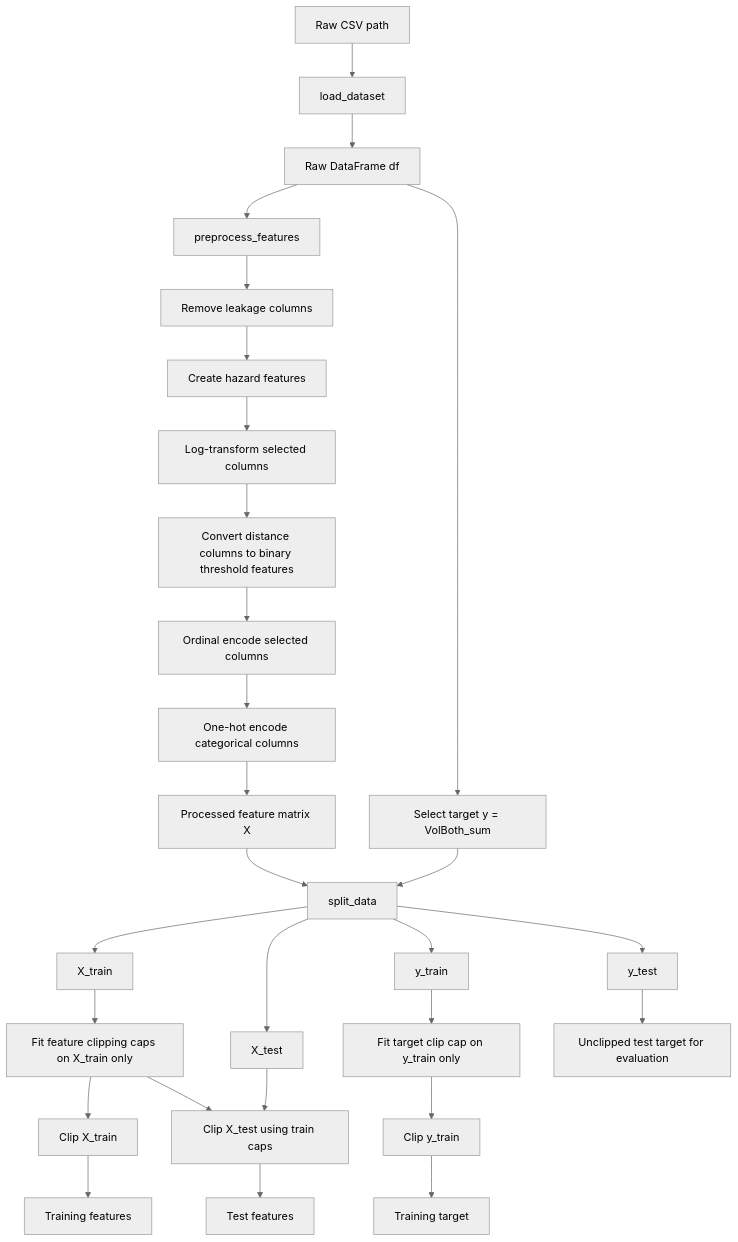
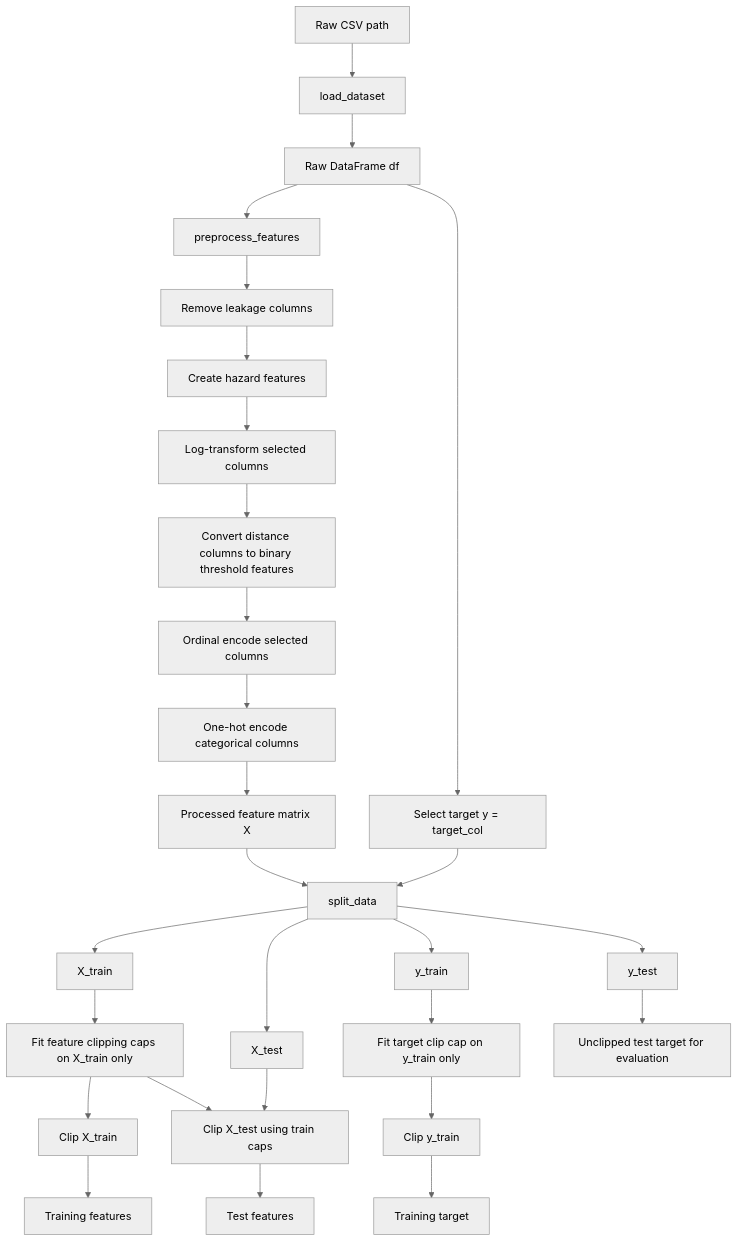
One commit to jskelly2021/debris-estimate changed the first of 2 diagrams in README.md. Above: the diagram before and after it, drawn with Mermaid (neutral theme). The commit also changed other lines of this file and 5 other files, not shown here.

````diff
--- a/README.md
+++ b/README.md
@@ -39,37 +86,37 @@
 ```mermaid
 flowchart TD
     A[Raw CSV path] --> B[load_dataset]
     B --> C[Raw DataFrame df]
 
     C --> D[preprocess_features]
     D --> E[Remove leakage columns]
     E --> F[Create hazard features]
     F --> G[Log-transform selected columns]
     G --> H[Convert distance columns to binary threshold features]
     H --> I[Ordinal encode selected columns]
     I --> J[One-hot encode categorical columns]
     J --> K[Processed feature matrix X]
 
-    C --> L[Select target y = VolBoth_sum]
+    C --> L[Select target y = target_col]
 
     K --> M[split_data]
     L --> M
 
     M --> N[X_train]
     M --> O[X_test]
     M --> P[y_train]
     M --> Q[y_test]
 
     N --> R[Fit feature clipping caps on X_train only]
     R --> S[Clip X_train]
     R --> T[Clip X_test using train caps]
     O --> T
 
     P --> U[Fit target clip cap on y_train only]
     U --> V[Clip y_train]
 
     S --> W[Training features]
     V --> X[Training target]
     T --> Y[Test features]
     Q --> Z[Unclipped test target for evaluation]
 ```
````
